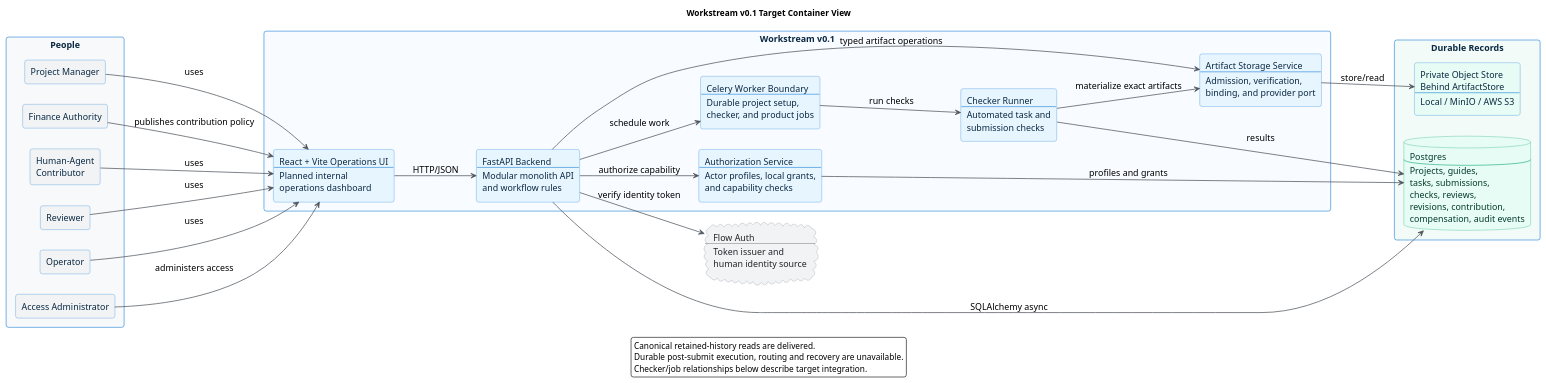
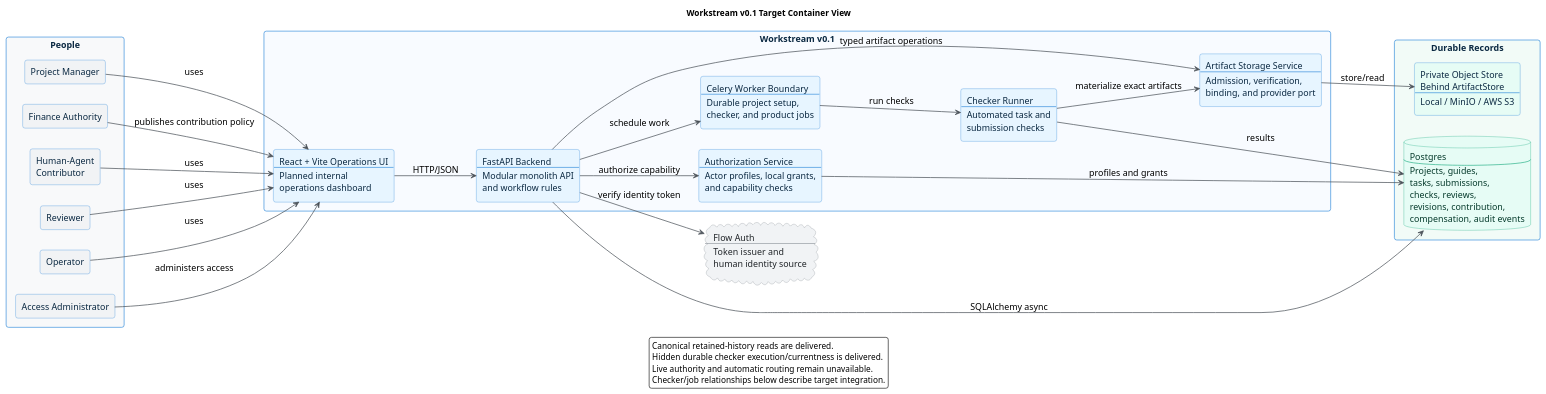
The diagram in docs/diagrams/workstream_v01_container.puml (ChuloWay/workstream), drawn with PlantUML before and after one commit. The commit also changed 27 other files, not shown here.

Commit message:
Serialize review currentness and strengthen execution regression proof

```diff
--- a/docs/diagrams/workstream_v01_container.puml
+++ b/docs/diagrams/workstream_v01_container.puml
@@ -1,80 +1,81 @@
 @startuml workstream_v01_container
 title Workstream v0.1 Target Container View
 
 left to right direction
 
 skinparam backgroundColor #FFFFFF
 skinparam shadowing false
 skinparam roundcorner 8
 skinparam defaultFontName Arial
 skinparam defaultFontSize 15
 skinparam ArrowColor #495057
 skinparam ArrowThickness 1.2
 skinparam packageStyle rectangle
 skinparam rectangle {
   BorderColor #1C7ED6
   BackgroundColor #E7F5FF
   FontColor #0B2942
 }
 skinparam database {
   BorderColor #0CA678
   BackgroundColor #E6FCF5
   FontColor #063B2C
 }
 skinparam cloud {
   BorderColor #868E96
   BackgroundColor #F1F3F5
   FontColor #212529
 }
 
 package "People" #F8F9FA {
   rectangle "Project Manager" as project_manager #F1F3F5
   rectangle "Finance Authority" as finance_authority #F1F3F5
   rectangle "Human-Agent\nContributor" as contributor #F1F3F5
   rectangle "Reviewer" as reviewer #F1F3F5
   rectangle "Operator" as operator #F1F3F5
   rectangle "Access Administrator" as access_administrator #F1F3F5
 }
 
 cloud "Flow Auth\n----\nToken issuer and\nhuman identity source" as flow_auth
 
 package "Workstream v0.1" #F8FBFF {
   rectangle "React + Vite Operations UI\n----\nPlanned internal\noperations dashboard" as frontend
   rectangle "FastAPI Backend\n----\nModular monolith API\nand workflow rules" as api
   rectangle "Authorization Service\n----\nActor profiles, local grants,\nand capability checks" as authorization
   rectangle "Celery Worker Boundary\n----\nDurable project setup,\nchecker, and product jobs" as jobs
   rectangle "Checker Runner\n----\nAutomated task and\nsubmission checks" as checker
   rectangle "Artifact Storage Service\n----\nAdmission, verification,\nbinding, and provider port" as storage_adapter
 }
 
 package "Durable Records" #F2FBF7 {
   database "Postgres\n----\nProjects, guides,\ntasks, submissions,\nchecks, reviews,\nrevisions, contribution,\ncompensation, audit events" as postgres
   rectangle "Private Object Store\nBehind ArtifactStore\n----\nLocal / MinIO / AWS S3" as file_store #E6FCF5
 }
 
 project_manager --> frontend : uses
 finance_authority --> frontend : publishes contribution policy
 contributor --> frontend : uses
 reviewer --> frontend : uses
 operator --> frontend : uses
 access_administrator --> frontend : administers access
 
 frontend --> api : HTTP/JSON
 api --> flow_auth : verify identity token
 api --> authorization : authorize capability
 authorization --> postgres : profiles and grants
 api --> postgres : SQLAlchemy async
 api --> storage_adapter : typed artifact operations
 api --> jobs : schedule work
 jobs --> checker : run checks
 checker --> postgres : results
 checker --> storage_adapter : materialize exact artifacts
 storage_adapter --> file_store : store/read
 
 legend bottom
   Canonical retained-history reads are delivered.
-  Durable post-submit execution, routing and recovery are unavailable.
+  Hidden durable checker execution/currentness is delivered.
+  Live authority and automatic routing remain unavailable.
   Checker/job relationships below describe target integration.
 endlegend
 
 @enduml
```
